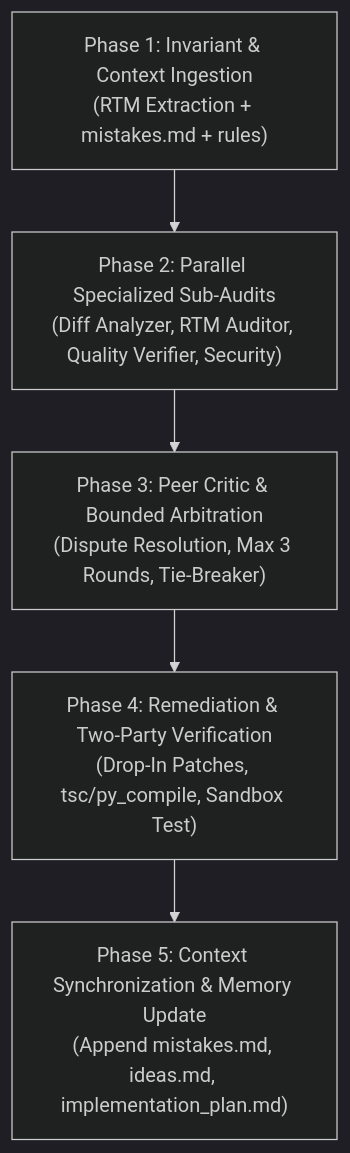
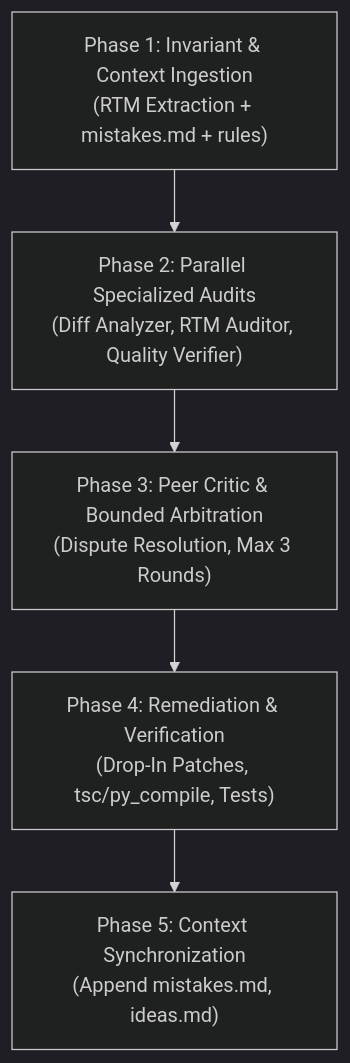
The diagram in portable-brain/.agents/skills/exhaustive-audit-and-repair/SKILL.md (gglshtopenaividgen-lgtm/cloud-gpu-models-playbook), drawn with Mermaid (dark theme) before and after one commit. The commit also changed other lines of this file and 239 other files, not shown here.

````diff
--- a/portable-brain/.agents/skills/exhaustive-audit-and-repair/SKILL.md
+++ b/portable-brain/.agents/skills/exhaustive-audit-and-repair/SKILL.md
@@ -27,7 +27,12 @@
 ```mermaid
 flowchart TD
-    S1["Phase 1: Invariant & Context Ingestion<br>(RTM Extraction + mistakes.md + rules)"] --> S2["Phase 2: Parallel Specialized Sub-Audits<br>(Diff Analyzer, RTM Auditor, Quality Verifier, Security)"]
-    S2 --> S3["Phase 3: Peer Critic & Bounded Arbitration<br>(Dispute Resolution, Max 3 Rounds, Tie-Breaker)"]
-    S3 --> S4["Phase 4: Remediation & Two-Party Verification<br>(Drop-In Patches, tsc/py_compile, Sandbox Test)"]
-    S4 --> S5["Phase 5: Context Synchronization & Memory Update<br>(Append mistakes.md, ideas.md, implementation_plan.md)"]
+    S1["Phase 1: Invariant & Context Ingestion
+(RTM Extraction + mistakes.md + rules)"] --> S2["Phase 2: Parallel Specialized Audits
+(Diff Analyzer, RTM Auditor, Quality Verifier)"]
+    S2 --> S3["Phase 3: Peer Critic & Bounded Arbitration
+(Dispute Resolution, Max 3 Rounds)"]
+    S3 --> S4["Phase 4: Remediation & Verification
+(Drop-In Patches, tsc/py_compile, Tests)"]
+    S4 --> S5["Phase 5: Context Synchronization
+(Append mistakes.md, ideas.md)"]
 ```
````
